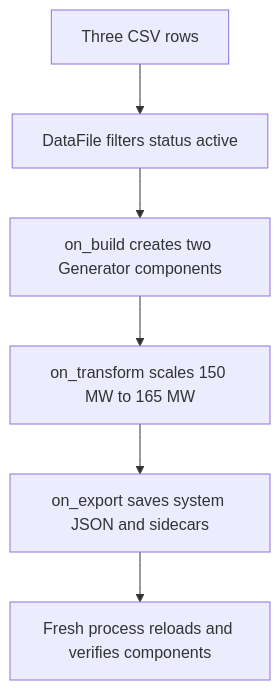
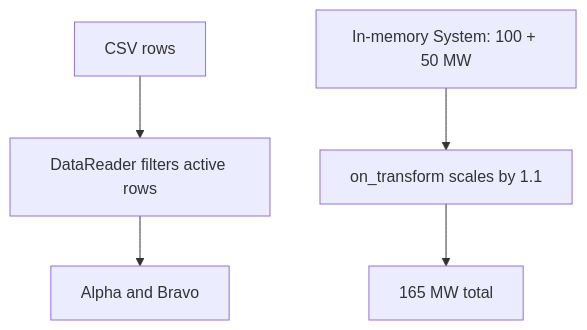
Before and after one commit to NatLabRockies/r2x-core: the diagram in docs/src/content/docs/tutorials/getting-started.md, drawn with Mermaid. The commit also changed other lines of this file and 259 other files, not shown here.

````diff
--- a/docs/src/content/docs/tutorials/getting-started.md
+++ b/docs/src/content/docs/tutorials/getting-started.md
@@ -12,8 +11,7 @@
 ```mermaid
 flowchart TD
-  CSV[Three CSV rows] --> Filter[DataFile filters status active]
-  Filter --> Build[on_build creates two Generator components]
-  Build --> Scale[on_transform scales 150 MW to 165 MW]
-  Scale --> Export[on_export saves system JSON and sidecars]
-  Export --> Reload[Fresh process reloads and verifies components]
+  CSV[CSV rows] --> Read[DataReader filters active rows]
+  Read --> Rows[Alpha and Bravo]
+  System[In-memory System: 100 + 50 MW] --> Scale[on_transform scales by 1.1]
+  Scale --> Result[165 MW total]
 ```
````
